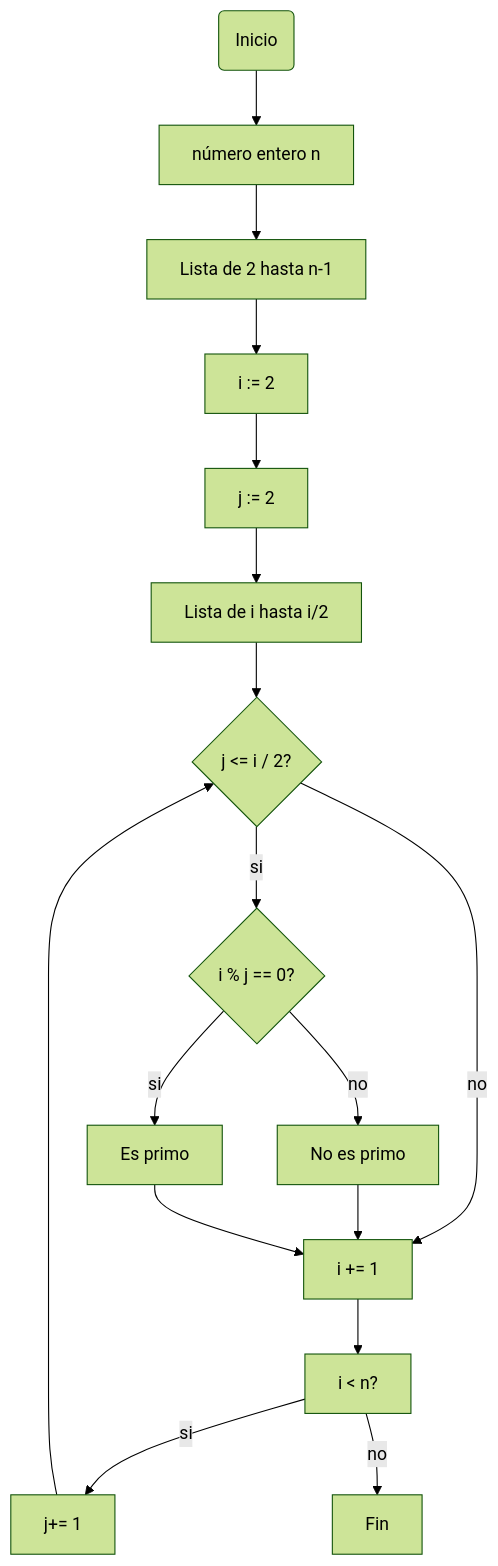
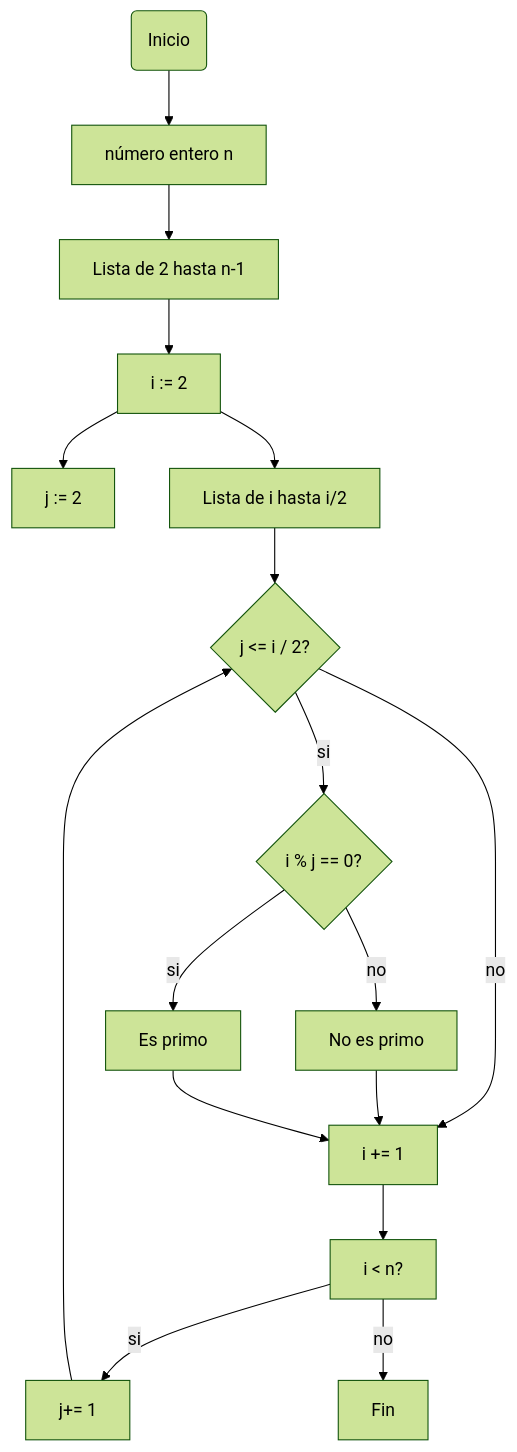
The first of 2 diagrams in README.md (SebastianCespedes12/Repo_2), drawn with Mermaid (forest theme) before and after one commit.

````diff
--- a/README.md
+++ b/README.md
@@ -24,19 +24,19 @@
 ```mermaid
 flowchart TD
 A(Inicio)-->B[número entero n]
 B-->M[Lista de 2 hasta n-1]
 M-->C[i := 2] 
 C-->D[j := 2]
-D-->N[Lista de i hasta i/2]
+C-->N[Lista de i hasta i/2]
 N-->E{j <= i / 2?}
 E-->|si|F{i % j == 0?}
 E-->|no|I
 F-->|no|G[No es primo]
 F-->|si|H[Es primo]
 G-->I[i += 1]
 H-->I
 I-->J[i < n?]
 J-->|si|K[j+= 1]
 K-->E
 J-->|no|L[Fin]
 ```
````
